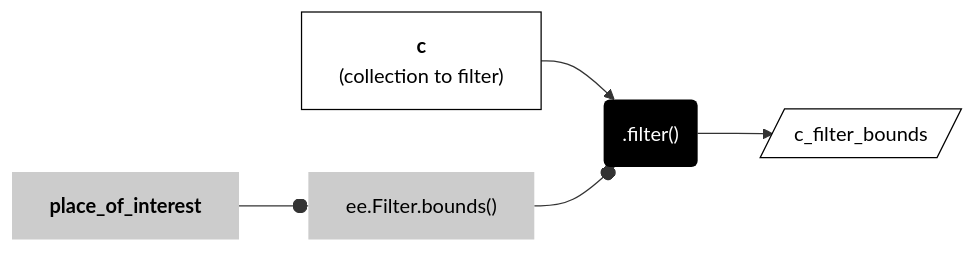
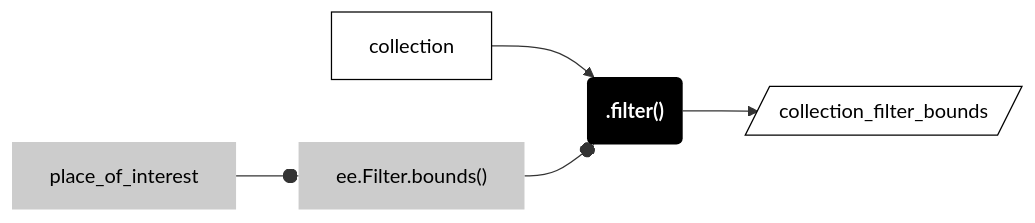
The second of 2 diagrams in src/patterns/filter-collections.md (jeffhowarth/ee-edu), drawn with Mermaid before and after one commit. The commit also changed other lines of this file and 43 other files, not shown here.

````diff
--- a/src/patterns/filter-collections.md
+++ b/src/patterns/filter-collections.md
@@ -56,28 +56,28 @@
 ``` mermaid
 graph LR
 
-  input["<b>c</b><br>(collection to filter)"] ;
-  method(".filter()") ;
-  output[/"c_filter_bounds"/]  ;
+  input["collection"] ;
+  method("<b>.filter()</b>") ;
+  output[/"collection_filter_bounds"/]  ;
 
   input --> method --> output
   
   arg["ee.Filter.bounds()"] ;
   
   arg --o method
 
-  arg2["<b>place_of_interest</b>"] ;
+  arg2["place_of_interest"] ;
 
   arg2 --o arg
 
   classDef in-out fill:#FFFFFF,stroke-width:1px,stroke: #000000, color:#000000; 
   classDef op fill:#000000,stroke-width:0px,color:#FFFFFF;
   classDef arg fill:#CCCCCC,stroke-width:0px,color:#000000;
   
 
   class input in-out; 
   class method op;
   class output in-out;
   class arg arg; 
   class arg2 arg;
 ```
````
